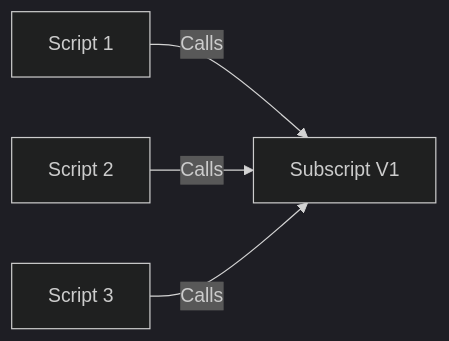
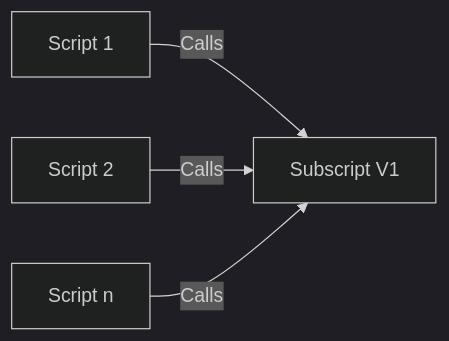
The first of 6 diagrams in Versions_Updating.md (CloudChi/FX-Framework), drawn with Mermaid (dark theme) before and after one commit. The commit also changed other lines of this file and 3 other files, not shown here.

````diff
--- a/Versions_Updating.md
+++ b/Versions_Updating.md
@@ -29,6 +29,6 @@
 ```mermaid
 graph LR
   A[Script 1] -- Calls --> F[Subscript V1] 
   B[Script 2] -- Calls --> F
-  C[Script 3] -- Calls --> F
+  C[Script n] -- Calls --> F
 ```
````
